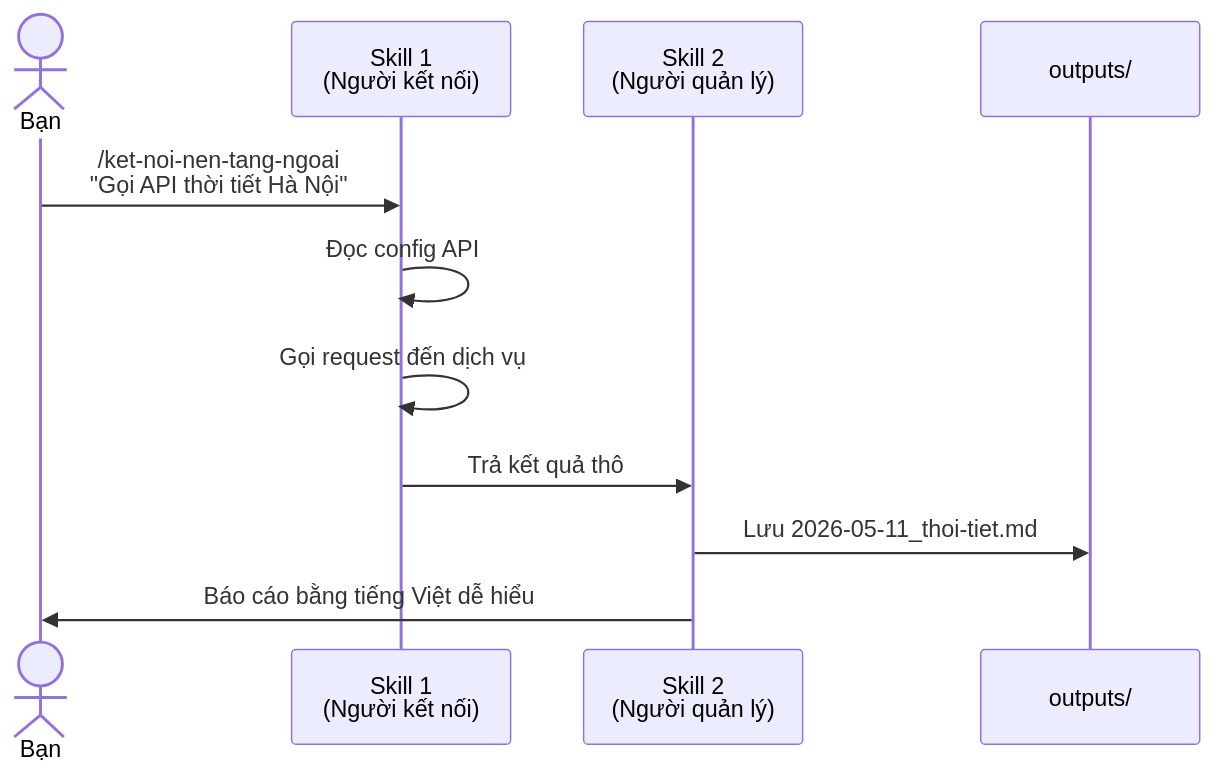
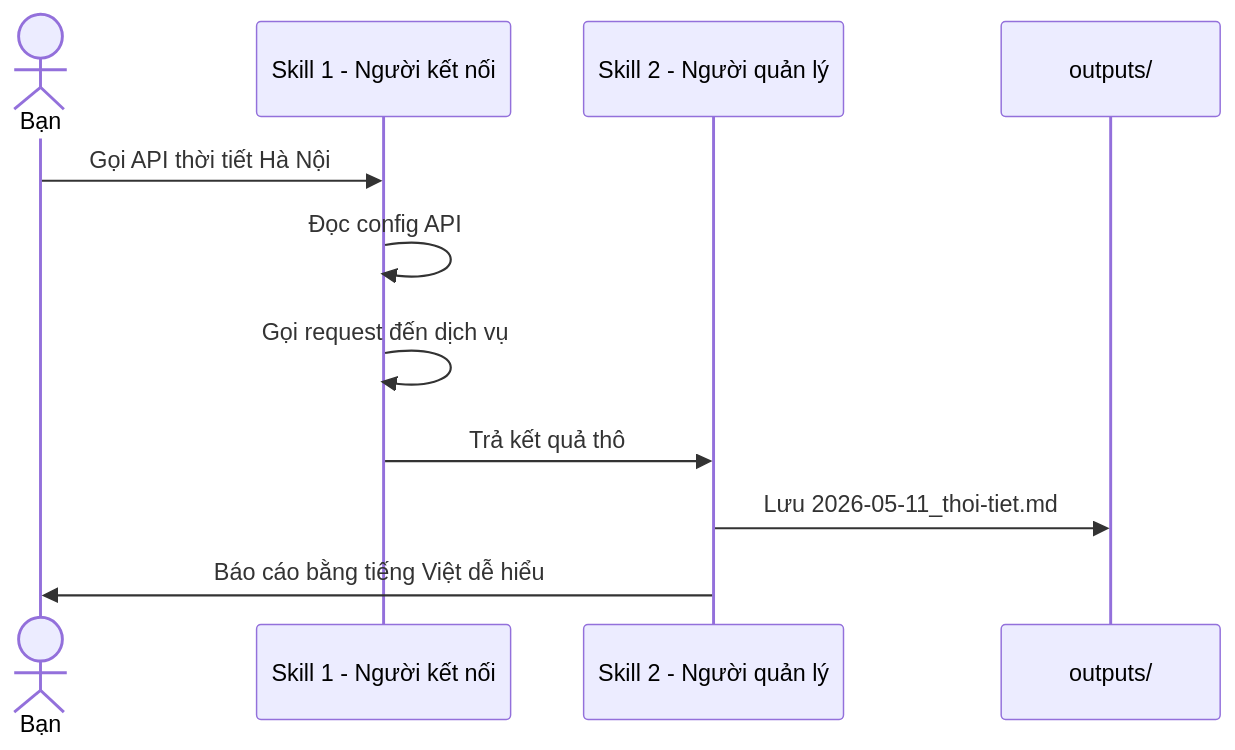
One commit to bochidung642-blip/1-kh-ng-gian-l-m-vi-c-c-nh-n-v-i-c-c-skills changed the third of 3 diagrams in README.md. Above: the diagram before and after it, drawn with Mermaid. The commit also changed other lines of this file, not shown here.

First line of the commit message:
fix: sửa lỗi render Mermaid diagram trên GitHub

````diff
--- a/README.md
+++ b/README.md
@@ -88,14 +87,14 @@
 ```mermaid
 sequenceDiagram
     actor Bạn
-    participant S1 as Skill 1<br/>(Người kết nối)
-    participant S2 as Skill 2<br/>(Người quản lý)
+    participant S1 as Skill 1 - Người kết nối
+    participant S2 as Skill 2 - Người quản lý
     participant Out as outputs/
 
-    Bạn->>S1: /ket-noi-nen-tang-ngoai<br/>"Gọi API thời tiết Hà Nội"
+    Bạn->>S1: Gọi API thời tiết Hà Nội
     S1->>S1: Đọc config API
     S1->>S1: Gọi request đến dịch vụ
     S1->>S2: Trả kết quả thô
     S2->>Out: Lưu 2026-05-11_thoi-tiet.md
     S2->>Bạn: Báo cáo bằng tiếng Việt dễ hiểu
 ```
````
